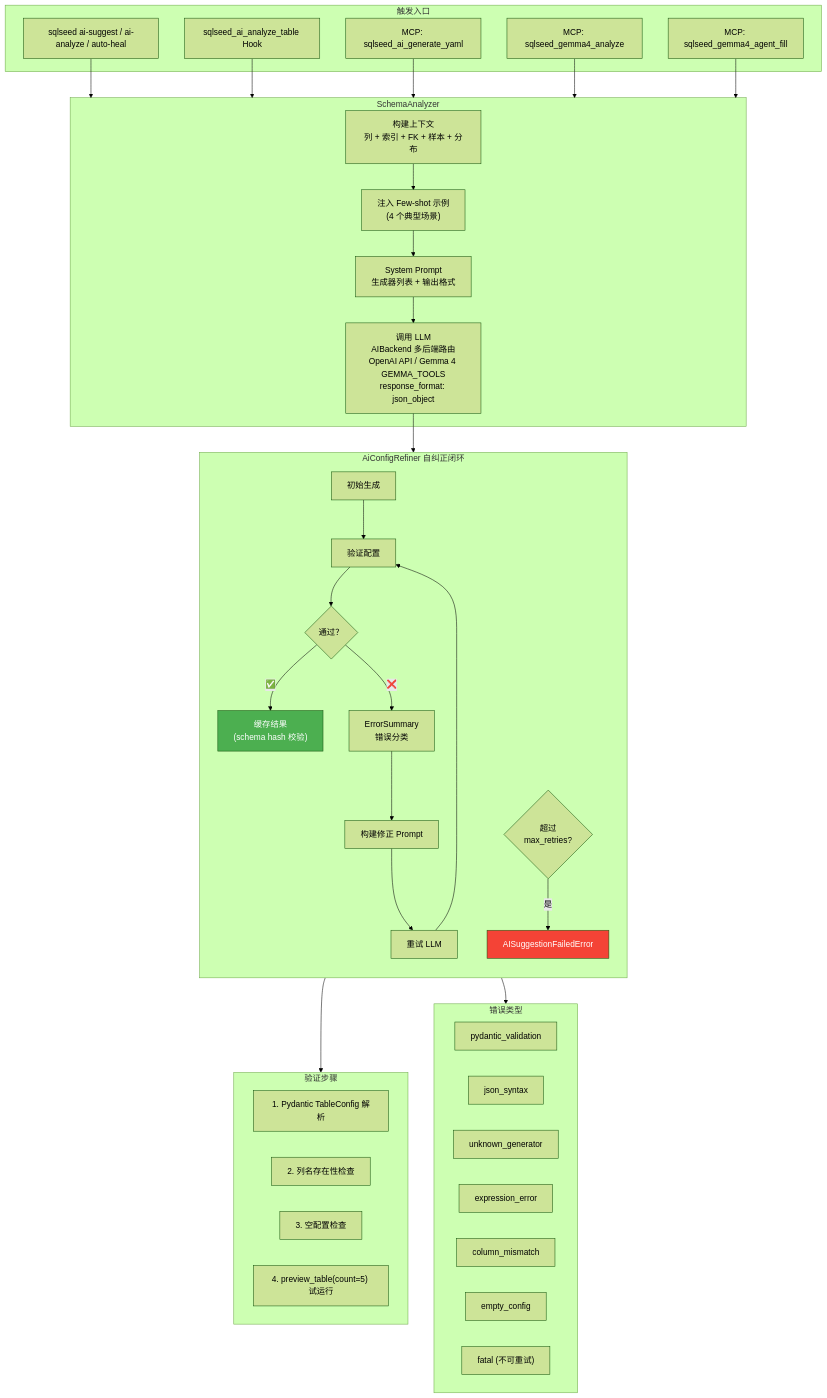
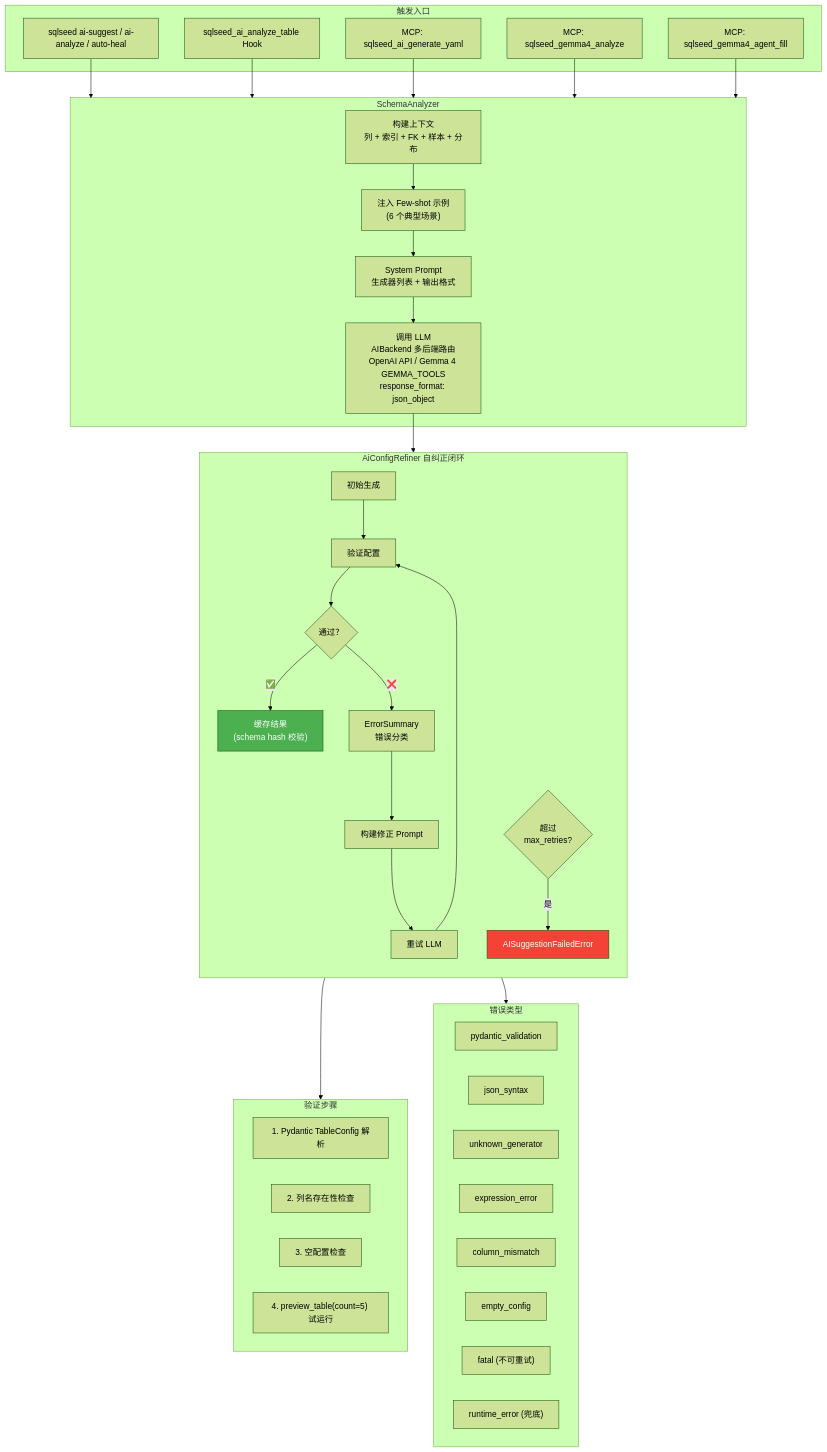
One commit to sunbos/sqlseed changed the seventh of 11 diagrams in docs/architecture.zh-CN.md. Above: the diagram before and after it, drawn with Mermaid (forest theme). The commit also changed other lines of this file and 21 other files, not shown here.

````diff
--- a/docs/architecture.zh-CN.md
+++ b/docs/architecture.zh-CN.md
@@ -458,68 +458,69 @@
 ```mermaid
 flowchart TB
     subgraph CLI_Trigger["触发入口"]
         CLICmd["sqlseed ai-suggest / ai-analyze / auto-heal"]
         HookCall["sqlseed_ai_analyze_table Hook"]
         MCPTool["MCP: sqlseed_ai_generate_yaml"]
         MCPGemma4Analyze["MCP: sqlseed_gemma4_analyze"]
         MCPGemma4AgentFill["MCP: sqlseed_gemma4_agent_fill"]
     end
 
     subgraph Analyzer["SchemaAnalyzer"]
         Context["构建上下文<br/>列 + 索引 + FK + 样本 + 分布"]
-        FewShot["注入 Few-shot 示例<br/>(4 个典型场景)"]
+        FewShot["注入 Few-shot 示例<br/>(6 个典型场景)"]
         SysPrompt["System Prompt<br/>生成器列表 + 输出格式"]
         LLM["调用 LLM<br/>AIBackend 多后端路由<br/>OpenAI API / Gemma 4 GEMMA_TOOLS<br/>response_format: json_object"]
     end
 
     subgraph Refiner["AiConfigRefiner 自纠正闭环"]
         direction TB
         Init["初始生成"]
         Validate["验证配置"]
         VCheck{"通过？"}
         Cache["缓存结果<br/>(schema hash 校验)"]
         ErrorSum["ErrorSummary<br/>错误分类"]
         FixPrompt["构建修正 Prompt"]
         Retry["重试 LLM"]
         MaxCheck{"超过<br/>max_retries?"}
         FailErr["AISuggestionFailedError"]
 
         Init --> Validate --> VCheck
         VCheck -->|✅| Cache
         VCheck -->|❌| ErrorSum --> FixPrompt --> Retry
         Retry --> Validate
         MaxCheck -->|是| FailErr
     end
 
     subgraph Validation["验证步骤"]
         V1["1. Pydantic TableConfig 解析"]
         V2["2. 列名存在性检查"]
         V3["3. 空配置检查"]
         V4["4. preview_table(count=5) 试运行"]
     end
 
     subgraph ErrorTypes["错误类型"]
         E1["pydantic_validation"]
         E2["json_syntax"]
         E3["unknown_generator"]
         E4["expression_error"]
         E5["column_mismatch"]
         E6["empty_config"]
         E7["fatal (不可重试)"]
+        E8["runtime_error (兜底)"]
     end
 
     CLICmd --> Analyzer
     HookCall --> Analyzer
     MCPTool --> Analyzer
     MCPGemma4Analyze --> Analyzer
     MCPGemma4AgentFill --> Analyzer
 
     Context --> FewShot --> SysPrompt --> LLM
     LLM --> Refiner
 
     Validate --> Validation
     ErrorSum --> ErrorTypes
 
     style Cache fill:#4CAF50,color:#fff
     style FailErr fill:#F44336,color:#fff
 ```
````
